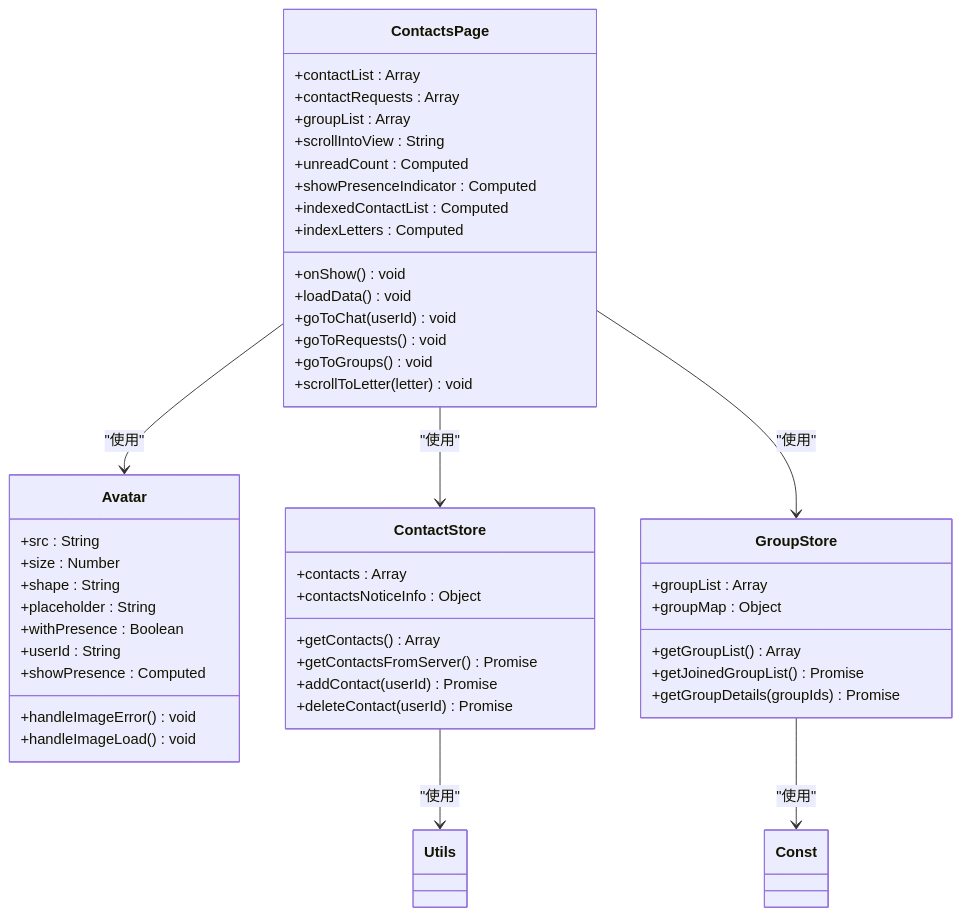
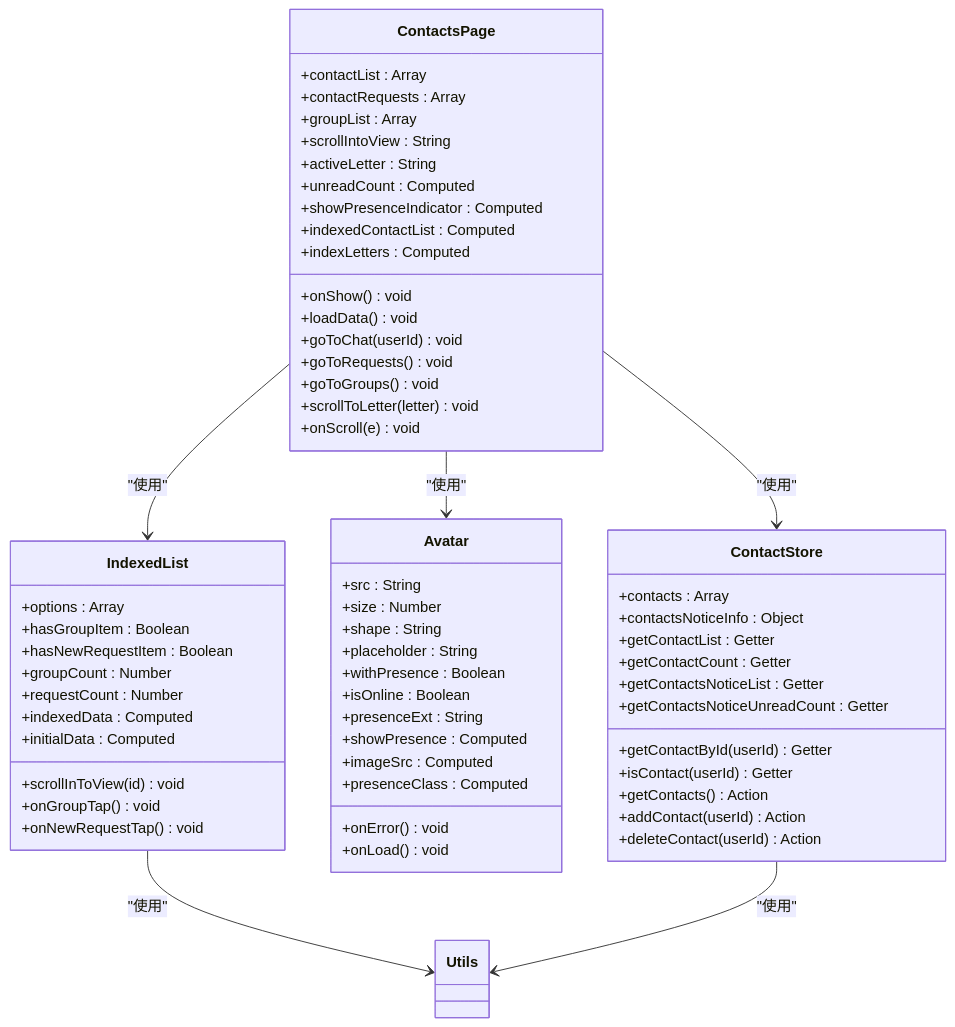
The third of 9 diagrams in .qoder/repowiki/zh/content/Contacts Page.md (Easemob-Community/easemob-uikit-uniapp-community), drawn with Mermaid before and after one commit. The commit also changed other lines of this file and 6 other files, not shown here.

````diff
--- a/.qoder/repowiki/zh/content/Contacts Page.md
+++ b/.qoder/repowiki/zh/content/Contacts Page.md
@@ -153,50 +176,65 @@
 ```mermaid
 classDiagram
 class ContactsPage {
 +contactList : Array
 +contactRequests : Array
 +groupList : Array
 +scrollIntoView : String
++activeLetter : String
 +unreadCount : Computed
 +showPresenceIndicator : Computed
 +indexedContactList : Computed
 +indexLetters : Computed
 +onShow() void
 +loadData() void
 +goToChat(userId) void
 +goToRequests() void
 +goToGroups() void
 +scrollToLetter(letter) void
++onScroll(e) void
+}
+class IndexedList {
++options : Array
++hasGroupItem : Boolean
++hasNewRequestItem : Boolean
++groupCount : Number
++requestCount : Number
++indexedData : Computed
++initialData : Computed
++scrollInToView(id) void
++onGroupTap() void
++onNewRequestTap() void
 }
 class Avatar {
 +src : String
 +size : Number
 +shape : String
 +placeholder : String
 +withPresence : Boolean
-+userId : String
++isOnline : Boolean
++presenceExt : String
 +showPresence : Computed
-+handleImageError() void
-+handleImageLoad() void
++imageSrc : Computed
++presenceClass : Computed
++onError() void
++onLoad() void
 }
 class ContactStore {
 +contacts : Array
 +contactsNoticeInfo : Object
-+getContacts() Array
-+getContactsFromServer() Promise
-+addContact(userId) Promise
-+deleteContact(userId) Promise
++getContactList : Getter
++getContactCount : Getter
++getContactsNoticeList : Getter
++getContactsNoticeUnreadCount : Getter
++getContactById(userId) Getter
++isContact(userId) Getter
++getContacts() Action
++addContact(userId) Action
++deleteContact(userId) Action
 }
-class GroupStore {
-+groupList : Array
-+groupMap : Object
-+getGroupList() Array
-+getJoinedGroupList() Promise
-+getGroupDetails(groupIds) Promise
-}
+ContactsPage --> IndexedList : "使用"
 ContactsPage --> Avatar : "使用"
 ContactsPage --> ContactStore : "使用"
-ContactsPage --> GroupStore : "使用"
+IndexedList --> Utils : "使用"
 ContactStore --> Utils : "使用"
-GroupStore --> Const : "使用"
 ```
````
